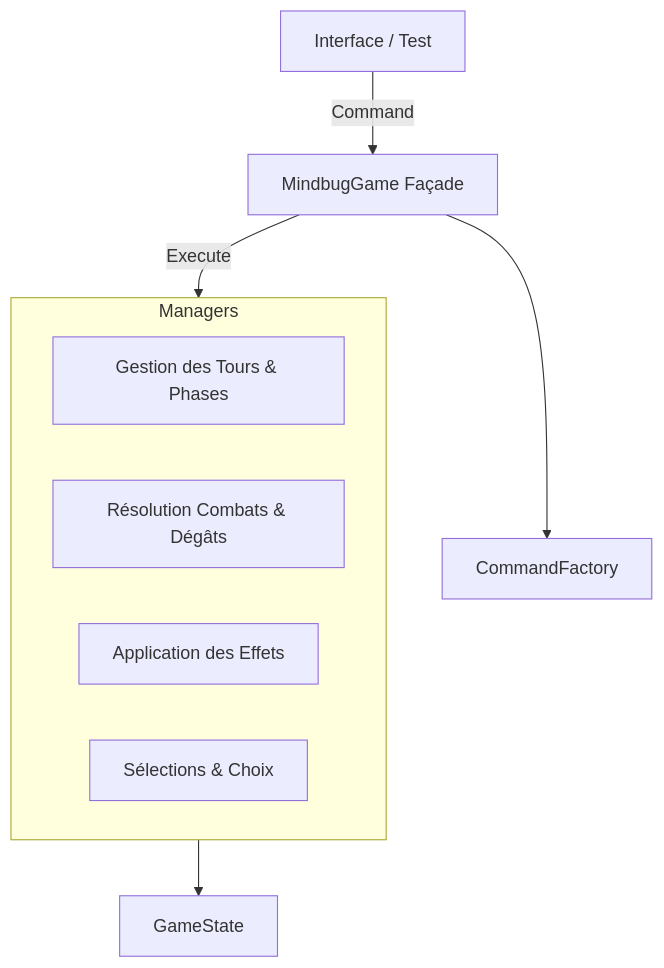
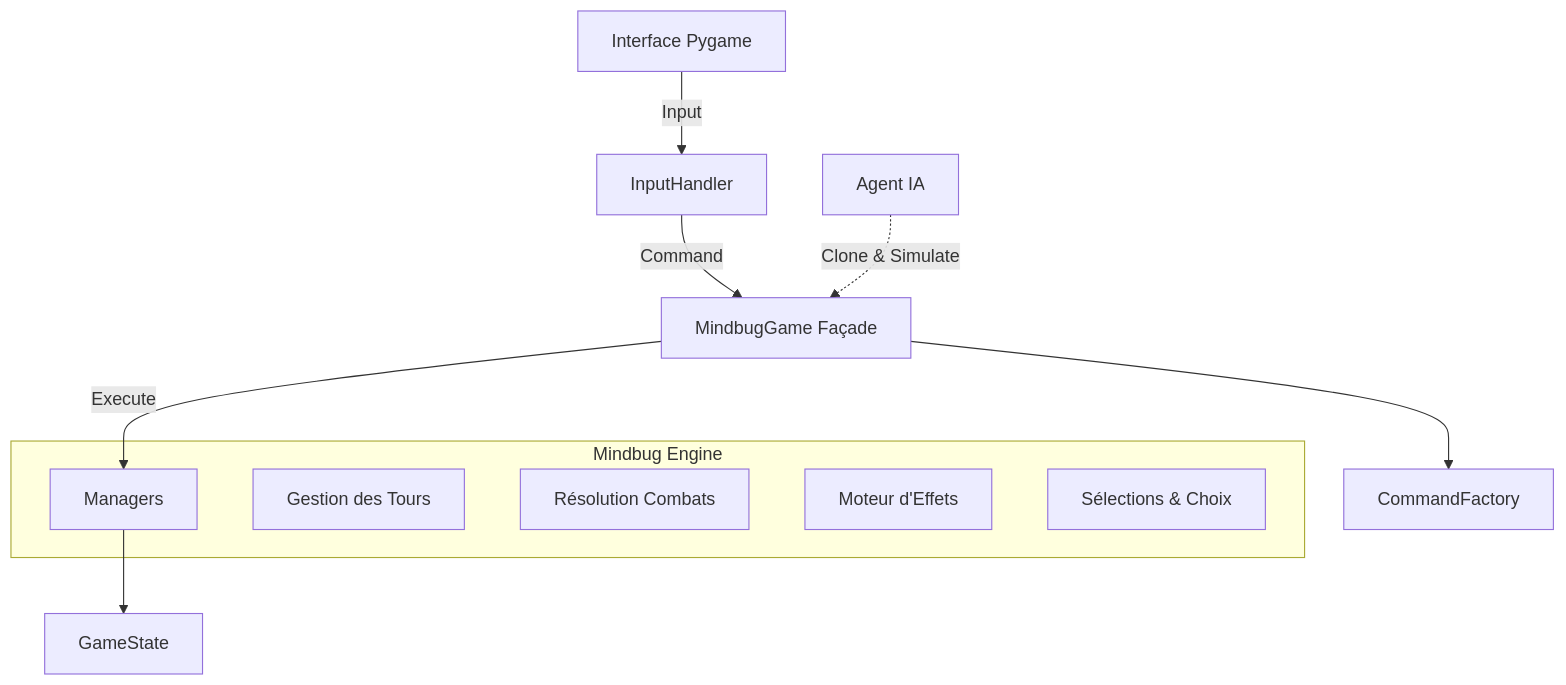
Before and after one commit to HelloIAmRomain/Mindbug-AI: the diagram in README.md, drawn with Mermaid. The commit also changed other lines of this file and 5 other files, not shown here.

````diff
--- a/README.md
+++ b/README.md
@@ -32,13 +26,18 @@
 ```mermaid
 graph TD
-    User[Interface / Test] -->|Command| Game[MindbugGame Façade]
+    GUI[Interface Pygame] -->|Input| Controller[InputHandler]
+    Controller -->|Command| Game[MindbugGame Façade]
     Game --> CommandFactory
     Game -->|Execute| Managers
-    subgraph Managers
-        TurnManager[Gestion des Tours & Phases]
-        CombatManager[Résolution Combats & Dégâts]
-        EffectManager[Application des Effets]
+    
+    subgraph "Mindbug Engine"
+        Managers
+        TurnManager[Gestion des Tours]
+        CombatManager[Résolution Combats]
+        EffectManager[Moteur d'Effets]
         QueryManager[Sélections & Choix]
     end
+    
     Managers --> State[GameState]
+    AI[Agent IA] -.->|Clone & Simulate| Game
 ```
````
